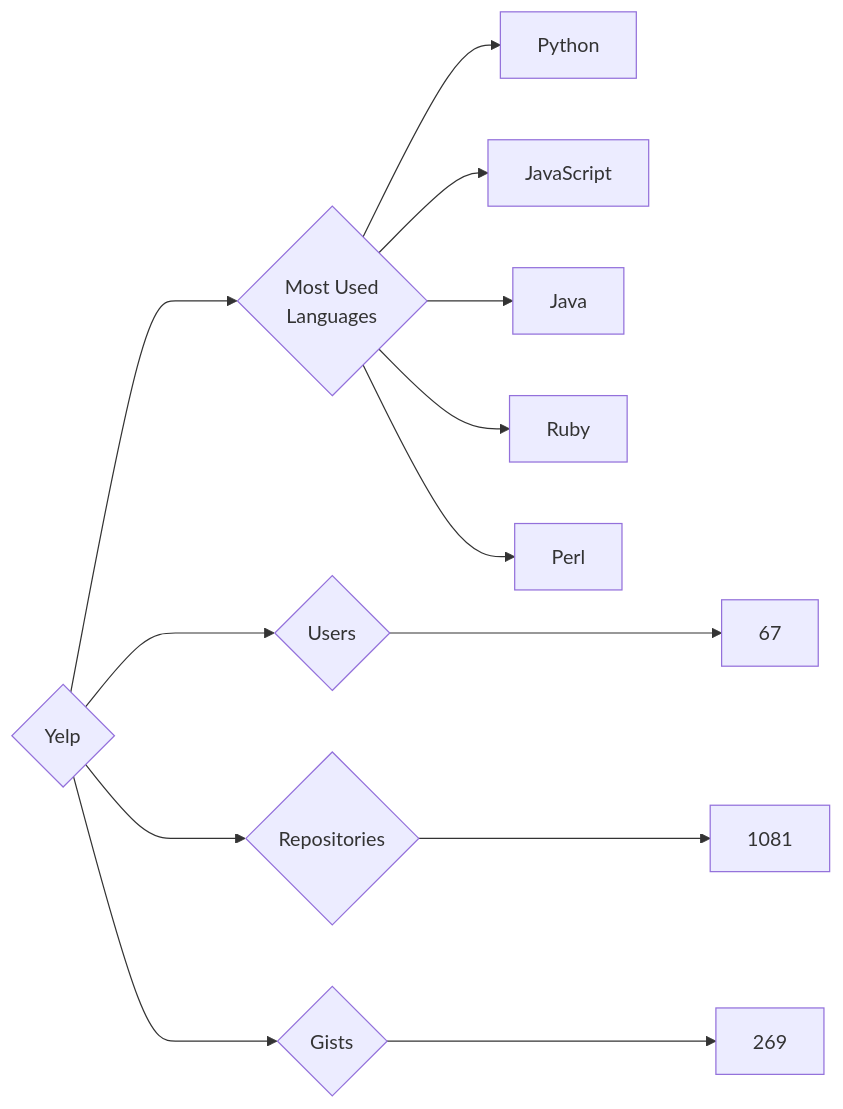
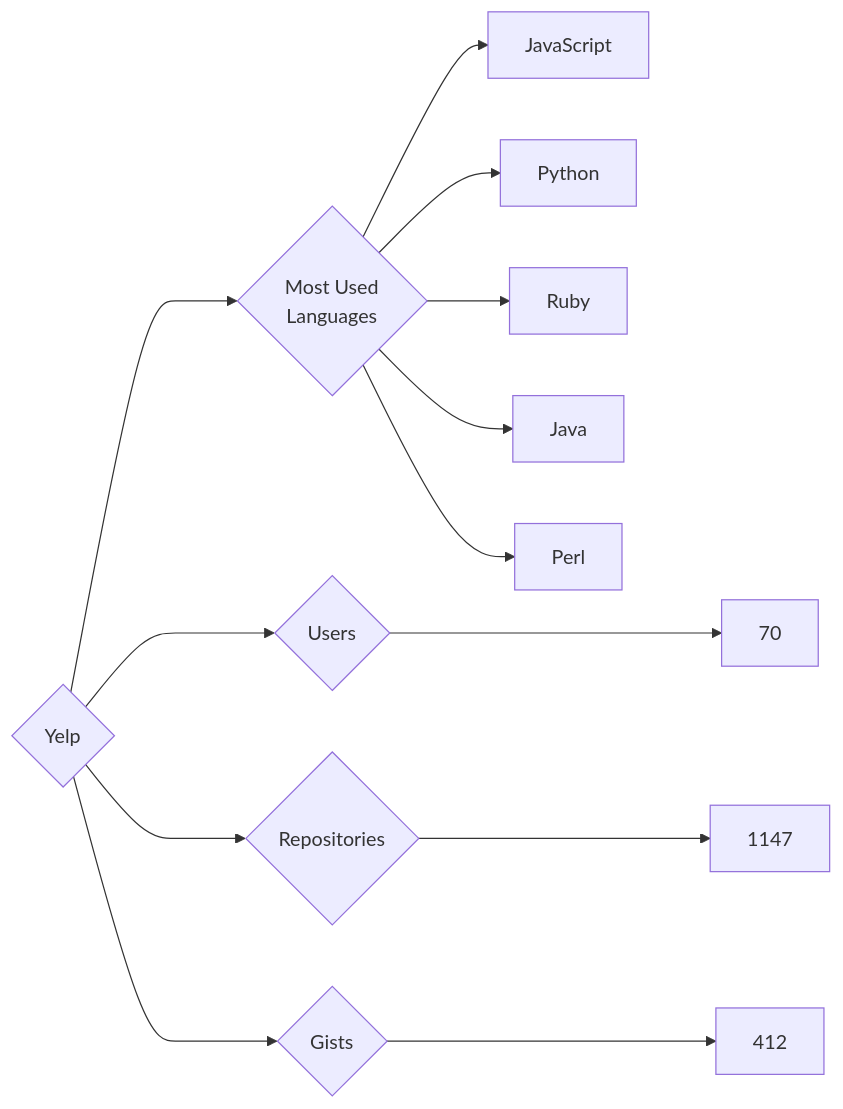
One commit to trickest/insiders changed the diagram in targets/Yelp/README.md. Above: the diagram before and after it, drawn with Mermaid. The commit also changed 1508 other files, not shown here.

````diff
--- a/targets/Yelp/README.md
+++ b/targets/Yelp/README.md
@@ -3,13 +3,13 @@
 ```mermaid
 graph LR
 COMPANY_NAME{Yelp}
-COMPANY_NAME ---> U{Users} ---> UN[67]
-COMPANY_NAME ---> R{Repositories} ---> RN[1081]
-COMPANY_NAME ---> G{Gists} ---> GN[269]
+COMPANY_NAME ---> U{Users} ---> UN[70]
+COMPANY_NAME ---> R{Repositories} ---> RN[1147]
+COMPANY_NAME ---> G{Gists} ---> GN[412]
 COMPANY_NAME ---> ML{Most Used<br>Languages}
+ML --> JavaScript[JavaScript]
 ML --> Python[Python]
-ML --> JavaScript[JavaScript]
+ML --> Ruby[Ruby]
 ML --> Java[Java]
-ML --> Ruby[Ruby]
 ML --> Perl[Perl]
 ```
````
